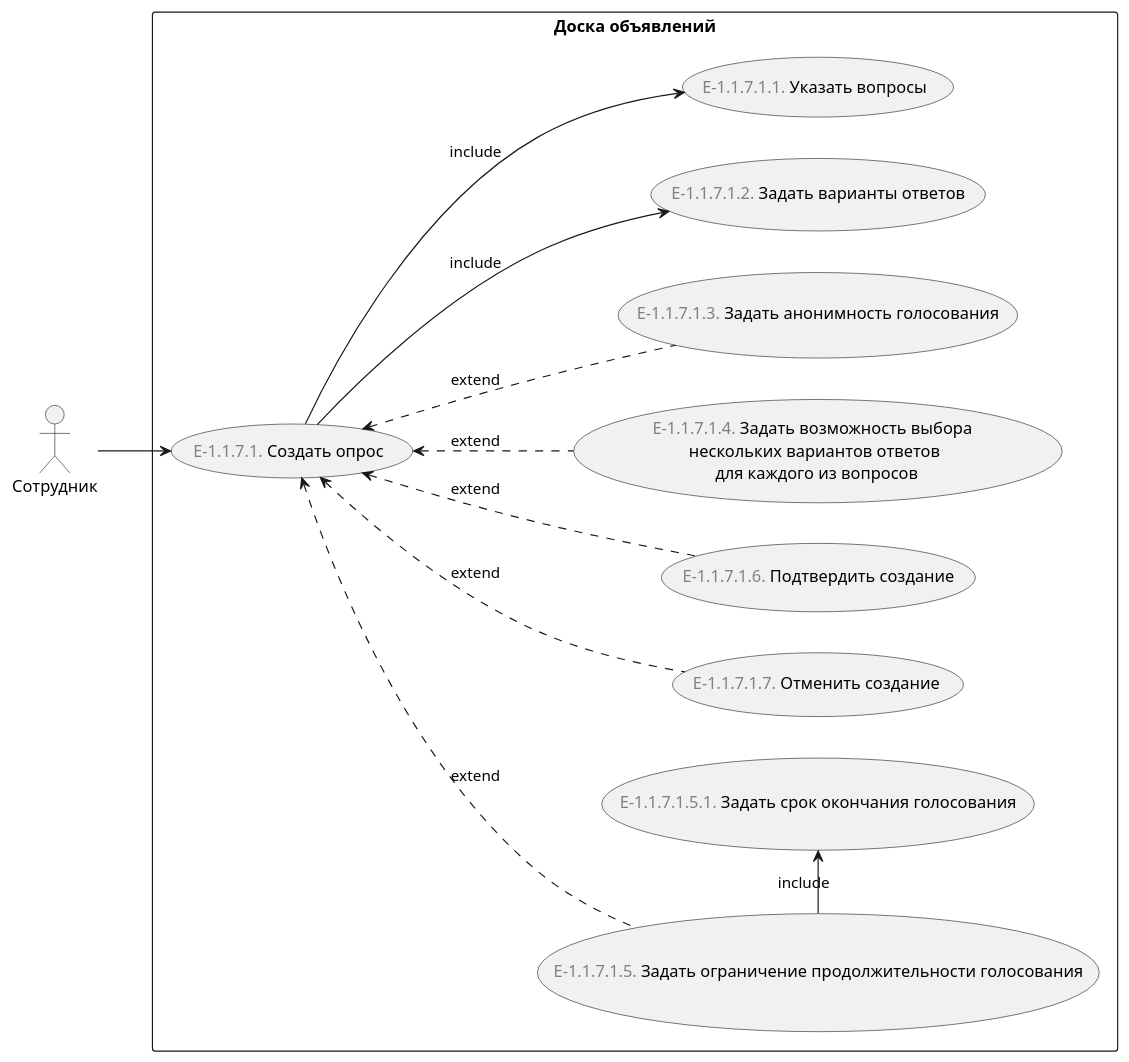
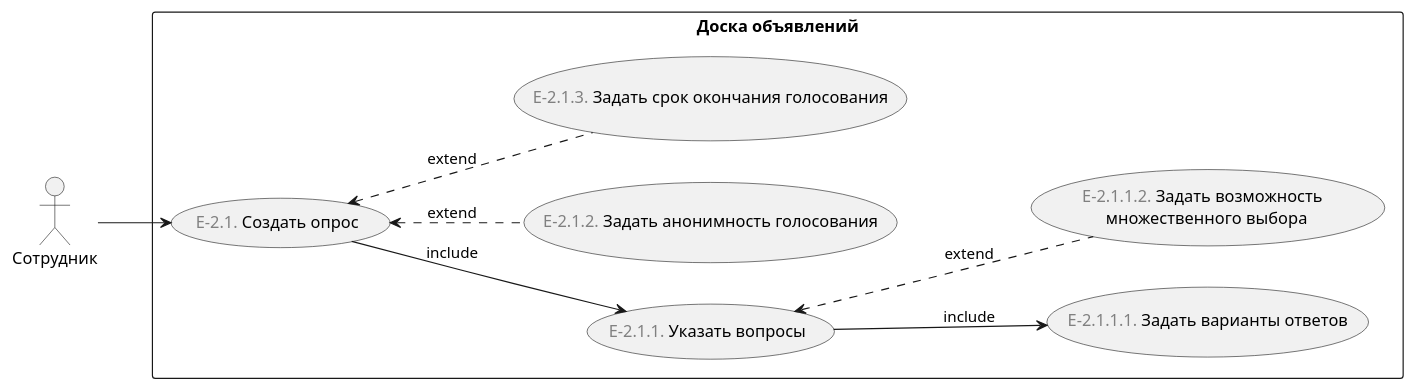
Before and after one commit to astu-app/ASTU-Bulletin-Board-Server: the diagram in doc/диаграммы/варианты-использования/создать-опрос.puml, drawn with PlantUML. The commit also changed 9 other files, not shown here.

```diff
--- a/doc/диаграммы/варианты-использования/создать-опрос.puml
+++ b/doc/диаграммы/варианты-использования/создать-опрос.puml
@@ -1,26 +1,21 @@
 @startuml
 'https://plantuml.com/use-case-diagram
 
 left to right direction
 
 :Сотрудник: as employee
 
 rectangle "Доска объявлений" {
-    (<font color="gray">E-1.1.7.1.</font> Создать опрос) as create_survey
-    (<font color="gray">E-1.1.7.1.5.</font> Задать ограничение продолжительности голосования) as make_voting_duration_limited
+    (<font color="gray">E-2.1.</font> Создать опрос) as create_survey
+    (<font color="gray">E-2.1.1.</font> Указать вопросы) as add_questions
 
     employee --> create_survey 
     
-    create_survey <.. (<font color="gray">E-1.1.7.1.7.</font> Отменить создание) : extend
-    create_survey <.. (<font color="gray">E-1.1.7.1.6.</font> Подтвердить создание) : extend
-    
-    create_survey <.. make_voting_duration_limited : extend 
-    create_survey <.. (<font color="gray">E-1.1.7.1.4.</font> Задать возможность выбора \n нескольких вариантов ответов \n для каждого из вопросов) : extend
-    create_survey <.. (<font color="gray">E-1.1.7.1.3.</font> Задать анонимность голосования) : extend
-    create_survey --> (<font color="gray">E-1.1.7.1.2.</font> Задать варианты ответов) : include
-    create_survey --> (<font color="gray">E-1.1.7.1.1.</font> Указать вопросы) : include
-    
-    make_voting_duration_limited -right-> (<font color="gray">E-1.1.7.1.5.1.</font> Задать срок окончания голосования) : include
+    create_survey --> add_questions : include
+    create_survey <.. (<font color="gray">E-2.1.2.</font> Задать анонимность голосования) : extend
+    create_survey <.. (<font color="gray">E-2.1.3.</font> Задать срок окончания голосования) : extend 
+    add_questions --> (<font color="gray">E-2.1.1.1.</font> Задать варианты ответов) : include
+    add_questions <.. (<font color="gray">E-2.1.1.2.</font> Задать возможность \n множественного выбора) : extend
 }
 
 @enduml
```
